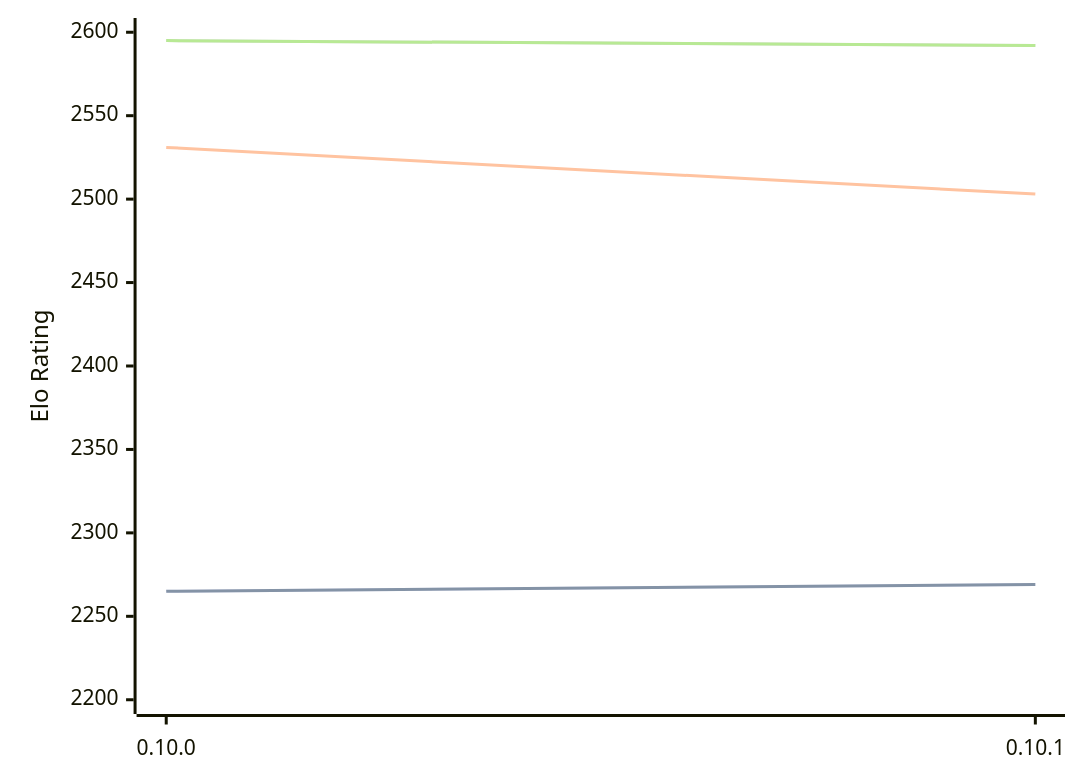
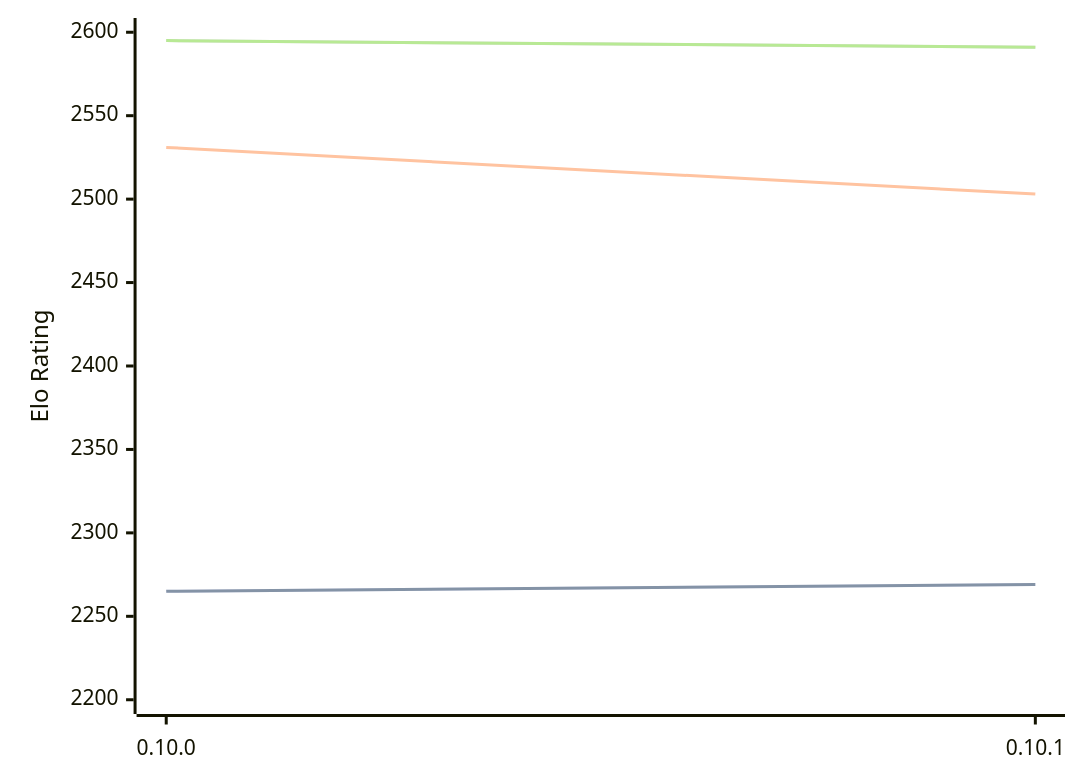
The diagram in engines/Fatalii.md (computer-chess-index/cci), drawn with Mermaid before and after one commit. The commit also changed other lines of this file, not shown here.

Commit message:
Update CCI Ratings (ELO VLTC) - 2026-07-26

````diff
--- a/engines/Fatalii.md
+++ b/engines/Fatalii.md
@@ -46,11 +46,11 @@
 ```mermaid
 %%{init: {"theme":"base","themeVariables":{"seriesColors:['#a3a3a3','#222221','#faa371']}}}%%
 xychart-beta
   x-axis ["0.10.0", "0.10.1"]
   y-axis "Elo Rating" 2200 --> 2600
   line "STC (8.0+0.08s)" [2265, 2269]
   line "STC (8.0+0.08s)" [2265, 2269]
   line "LTC (60.0+0.60s)" [2531, 2503]
-  line "VLTC (2m24s+1.12s)" [2595, 2592]
-  line "VLTC (2m24s+1.12s)" [2595, 2592]
+  line "VLTC (2m24s+1.12s)" [2595, 2591]
+  line "VLTC (2m24s+1.12s)" [2595, 2591]
 ```
````
